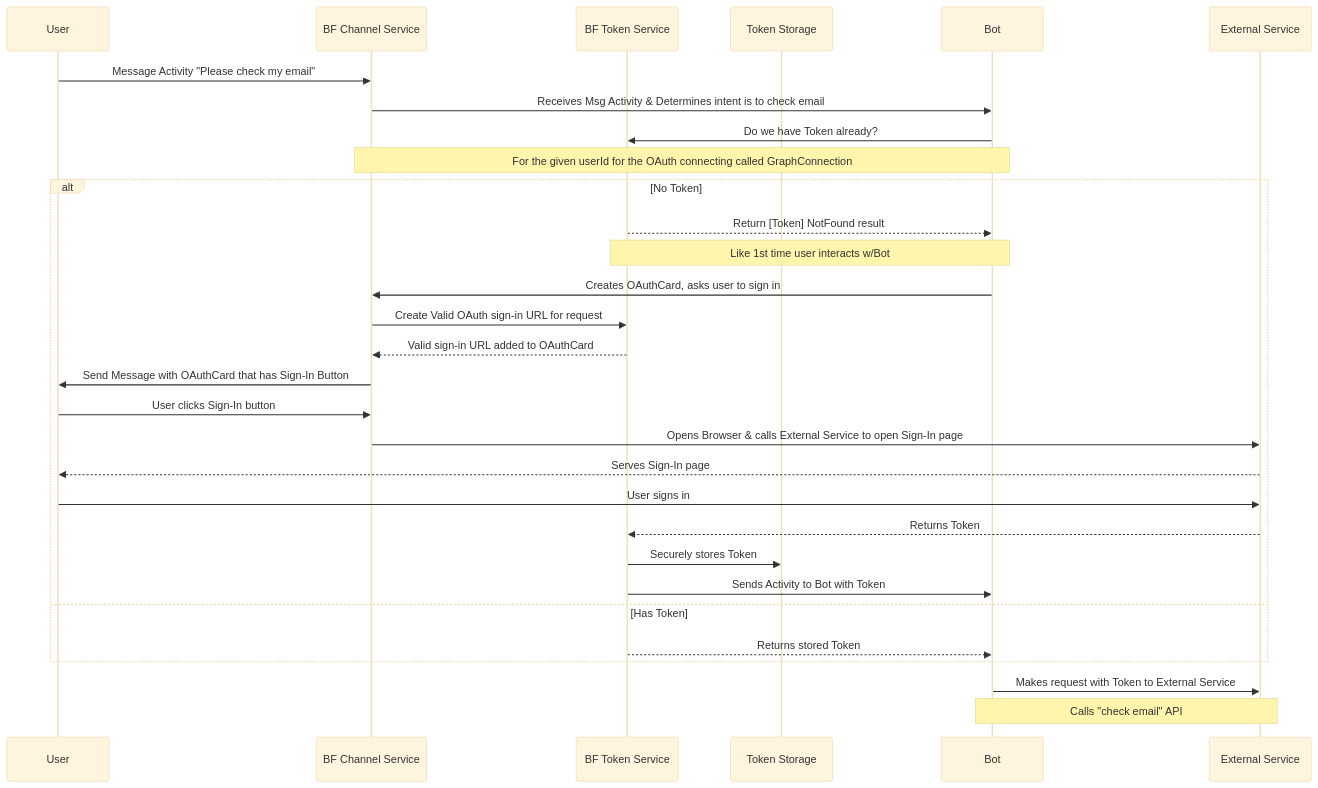
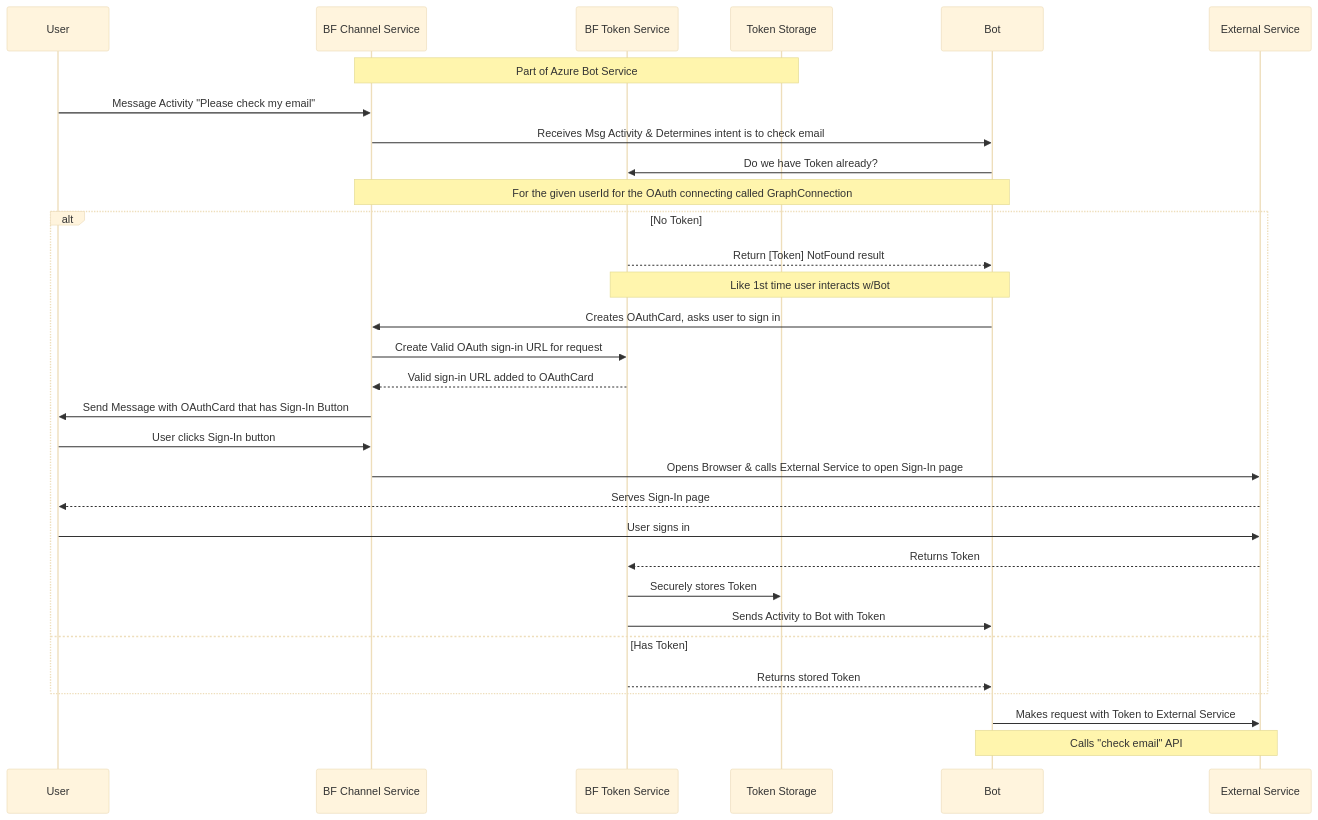
Before and after one commit to Zerryth/Mermaid: the third of 3 diagrams in MarkdownFiles/Authentication/AuthenticationDocExampleSeqDiagram.md, drawn with Mermaid (base theme). The commit also changed other lines of this file and 2 other files, not shown here.

Commit message:
Added note over participants that are part of ABS to sequence diagrams

````diff
--- a/MarkdownFiles/Authentication/AuthenticationDocExampleSeqDiagram.md
+++ b/MarkdownFiles/Authentication/AuthenticationDocExampleSeqDiagram.md
@@ -62,36 +63,37 @@
 ```mermaid
 sequenceDiagram
 
 participant User
 participant BFCS as BF Channel Service
 participant BFTS as BF Token Service
 participant TokenStorage as Token Storage
+Note over BFCS, TokenStorage: Part of Azure Bot Service
 participant Bot
 participant ExternalService as External Service
 
 
 User ->> BFCS: Message Activity "Please check my email"
 BFCS ->> Bot: Receives Msg Activity & Determines intent is to check email
 Bot ->> BFTS: Do we have Token already?
 Note over BFCS, Bot: For the given userId for the OAuth connecting called GraphConnection
 alt No Token
     BFTS -->> Bot: Return [Token] NotFound result
     Note over BFTS, Bot: Like 1st time user interacts w/Bot
     Bot ->> BFCS: Creates OAuthCard, asks user to sign in
     BFCS ->> BFTS: Create Valid OAuth sign-in URL for request
     BFTS -->> BFCS: Valid sign-in URL added to OAuthCard
     BFCS ->> User: Send Message with OAuthCard that has Sign-In Button
     User ->> BFCS: User clicks Sign-In button
     BFCS ->> ExternalService: Opens Browser & calls External Service to open Sign-In page
     ExternalService -->> User: Serves Sign-In page
     User ->> ExternalService: User signs in
     ExternalService -->> BFTS: Returns Token
     BFTS ->> TokenStorage: Securely stores Token
     BFTS ->> Bot: Sends Activity to Bot with Token
 else Has Token
     BFTS -->> Bot: Returns stored Token
 end
 
 Bot ->> ExternalService: Makes request with Token to External Service
 Note over Bot, ExternalService: Calls "check email" API
 ```
````
